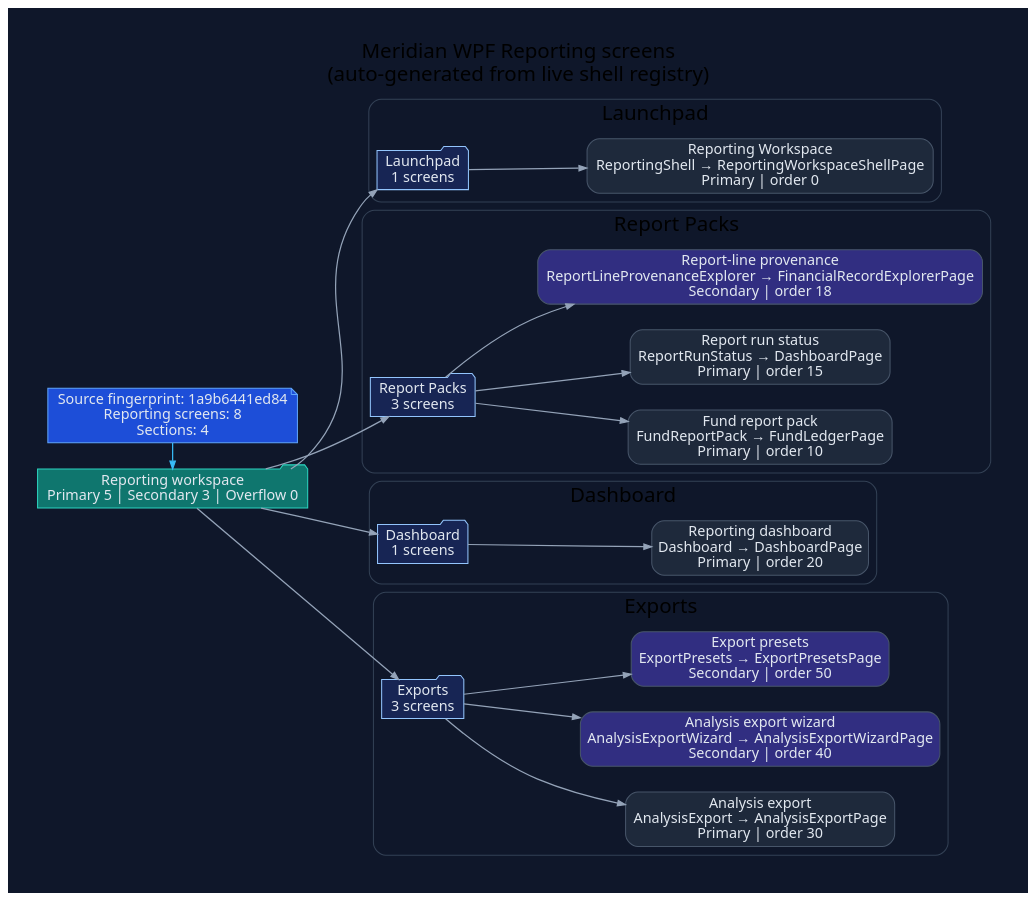
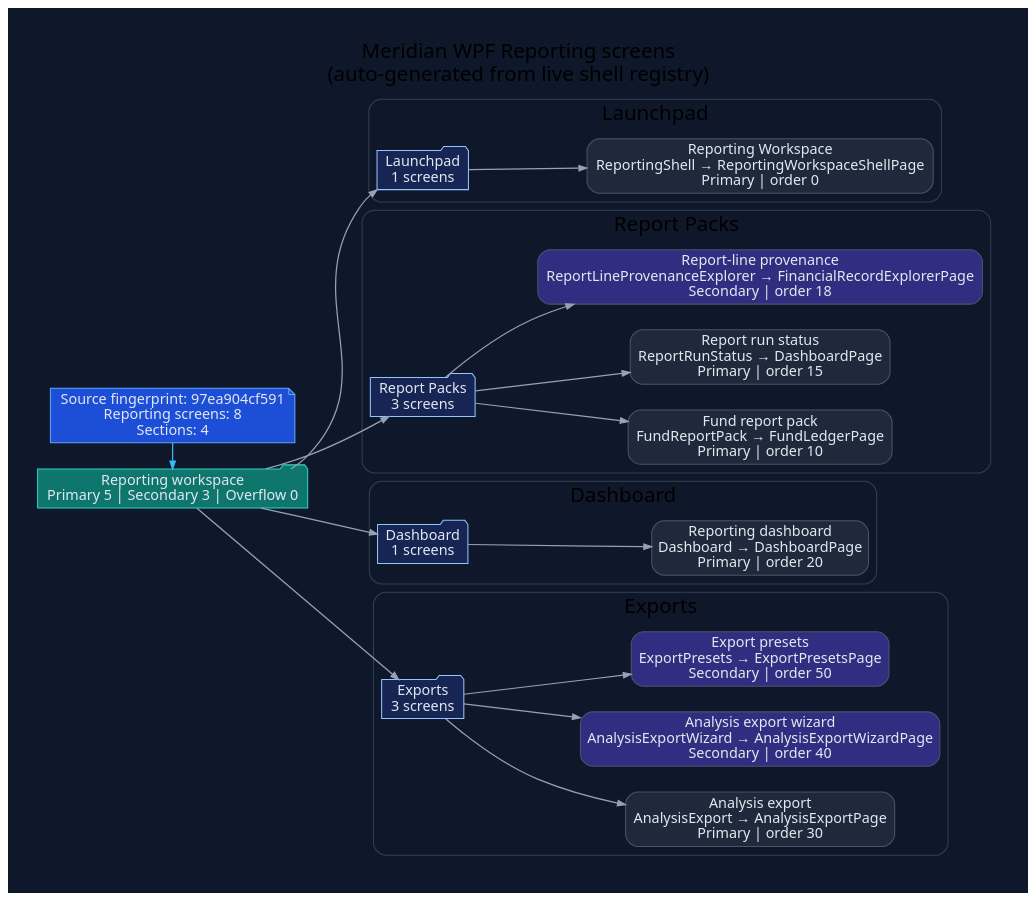
One commit to rodoHasArrived/Meridian-main changed the diagram in docs/diagrams/ui/ui-wpf-screens-reporting.dot. Above: the diagram before and after it, drawn with Graphviz. The commit also changed 45 other files, not shown here.

First line of the commit message:
Regenerate WPF screen diagrams and tracker after merging main

```diff
--- a/docs/diagrams/ui/ui-wpf-screens-reporting.dot
+++ b/docs/diagrams/ui/ui-wpf-screens-reporting.dot
@@ -1,74 +1,74 @@
 // -----------------------------------------------------------------------------
 // <auto-generated>
 // Generated by scripts/generate-diagrams.mjs.
 // Do not edit this file directly; update the WPF source files instead.
 // -----------------------------------------------------------------------------
 digraph WpfReportingScreens {
   graph [
     rankdir=LR,
     labelloc=t,
     label="Meridian WPF Reporting screens\n(auto-generated from live shell registry)",
     fontname="Segoe UI",
     fontsize=20,
     pad=0.4,
     nodesep=0.35,
     ranksep=0.85,
     bgcolor="#0f172a"
   ];
   node [fontname="Segoe UI", shape=box, style="rounded,filled", color="#475569", fontcolor="#e2e8f0", fillcolor="#1e293b"];
   edge [fontname="Segoe UI", color="#94a3b8", penwidth=1.2, arrowsize=0.75];
 
-  generated [shape=note, fillcolor="#1d4ed8", color="#60a5fa", label="Source fingerprint: 1a9b6441ed84\nReporting screens: 8\nSections: 4"];
+  generated [shape=note, fillcolor="#1d4ed8", color="#60a5fa", label="Source fingerprint: 97ea904cf591\nReporting screens: 8\nSections: 4"];
   workspace [shape=folder, fillcolor="#0f766e", color="#2dd4bf", label="Reporting workspace\nPrimary 5 | Secondary 3 | Overflow 0"];
   generated -> workspace [color="#38bdf8"];
 
   subgraph cluster_section_1 {
     label="Launchpad";
     color="#334155";
     style="rounded";
     section_1 [shape=folder, fillcolor="#172554", color="#93c5fd", label="Launchpad\n1 screens"];
     workspace -> section_1;
     screen_ReportingShell [fillcolor="#1e293b", label="Reporting Workspace\nReportingShell → ReportingWorkspaceShellPage\nPrimary | order 0"];
     section_1 -> screen_ReportingShell;
   }
 
   subgraph cluster_section_2 {
     label="Report Packs";
     color="#334155";
     style="rounded";
     section_2 [shape=folder, fillcolor="#172554", color="#93c5fd", label="Report Packs\n3 screens"];
     workspace -> section_2;
     screen_FundReportPack [fillcolor="#1e293b", label="Fund report pack\nFundReportPack → FundLedgerPage\nPrimary | order 10"];
     section_2 -> screen_FundReportPack;
     screen_ReportRunStatus [fillcolor="#1e293b", label="Report run status\nReportRunStatus → DashboardPage\nPrimary | order 15"];
     section_2 -> screen_ReportRunStatus;
     screen_ReportLineProvenanceExplorer [fillcolor="#312e81", label="Report-line provenance\nReportLineProvenanceExplorer → FinancialRecordExplorerPage\nSecondary | order 18"];
     section_2 -> screen_ReportLineProvenanceExplorer;
   }
 
   subgraph cluster_section_3 {
     label="Dashboard";
     color="#334155";
     style="rounded";
     section_3 [shape=folder, fillcolor="#172554", color="#93c5fd", label="Dashboard\n1 screens"];
     workspace -> section_3;
     screen_Dashboard [fillcolor="#1e293b", label="Reporting dashboard\nDashboard → DashboardPage\nPrimary | order 20"];
     section_3 -> screen_Dashboard;
   }
 
   subgraph cluster_section_4 {
     label="Exports";
     color="#334155";
     style="rounded";
     section_4 [shape=folder, fillcolor="#172554", color="#93c5fd", label="Exports\n3 screens"];
     workspace -> section_4;
     screen_AnalysisExport [fillcolor="#1e293b", label="Analysis export\nAnalysisExport → AnalysisExportPage\nPrimary | order 30"];
     section_4 -> screen_AnalysisExport;
     screen_AnalysisExportWizard [fillcolor="#312e81", label="Analysis export wizard\nAnalysisExportWizard → AnalysisExportWizardPage\nSecondary | order 40"];
     section_4 -> screen_AnalysisExportWizard;
     screen_ExportPresets [fillcolor="#312e81", label="Export presets\nExportPresets → ExportPresetsPage\nSecondary | order 50"];
     section_4 -> screen_ExportPresets;
   }
 
   { rank=min; generated; workspace; }
 }
```
